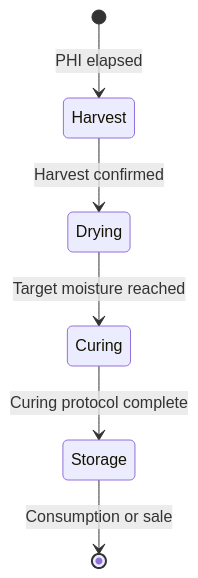
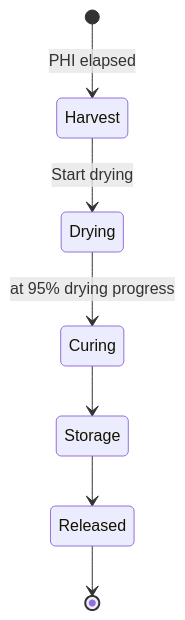
One commit to nolte/kamerplanter changed the diagram in docs/en/guides/post-harvest.md. Above: the diagram before and after it, drawn with Mermaid. The commit also changed other lines of this file and 10 other files, not shown here.

````diff
--- a/docs/en/guides/post-harvest.md
+++ b/docs/en/guides/post-harvest.md
@@ -37,8 +37,9 @@
 ```mermaid
 stateDiagram-v2
     [*] --> Harvest: PHI elapsed
-    Harvest --> Drying: Harvest confirmed
-    Drying --> Curing: Target moisture reached
-    Curing --> Storage: Curing protocol complete
-    Storage --> [*]: Consumption or sale
+    Harvest --> Drying: Start drying
+    Drying --> Curing: at 95% drying progress
+    Curing --> Storage
+    Storage --> Released
+    Released --> [*]
 ```
````
